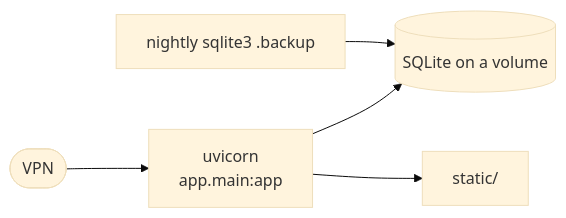
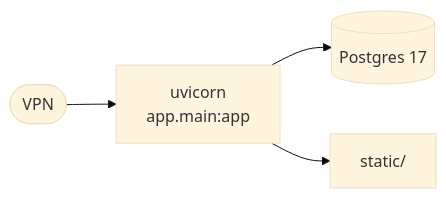
The seventh of 7 diagrams in design/ARCHITECTURE.md (pehala/tripaccounter), drawn with Mermaid (base theme) before and after one commit. The commit also changed other lines of this file and 4 other files, not shown here.

First line of the commit message:
docs(design): document postgres and sqlite support, add time zone plan

````diff
--- a/design/ARCHITECTURE.md
+++ b/design/ARCHITECTURE.md
@@ -256,7 +257,6 @@
 ```mermaid
 flowchart LR
     vpn(["VPN"]) --> proc["uvicorn<br/>app.main:app"]
-    proc --> vol[("SQLite on a volume")]
+    proc --> db[("Postgres 17")]
     proc --> st["static/"]
-    cron["nightly sqlite3 .backup"] --> vol
 ```
````
